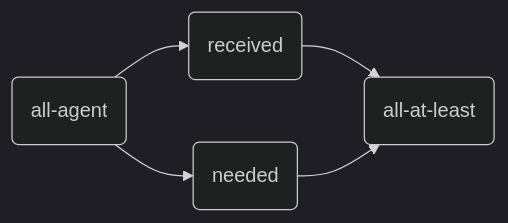
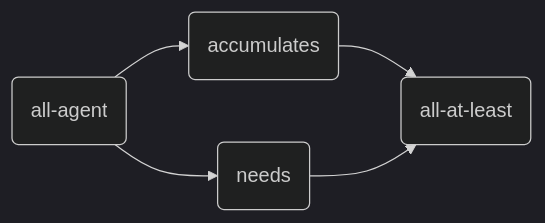
One commit to julianmendez/tiles changed the second of 2 diagrams in docs/README.md. Above: the diagram before and after it, drawn with Mermaid (dark theme). The commit also changed other lines of this file and 2 other files, not shown here.

````diff
--- a/docs/README.md
+++ b/docs/README.md
@@ -85,7 +85,7 @@
 ```mermaid
 graph LR
-  all-agent(all-agent) --> received
-  all-agent --> needed
-  received(received) --> all-at-least(all-at-least)
-  needed(needed) -->  all-at-least
+  all-agent(all-agent) --> accumulates
+  all-agent --> needs
+  accumulates(accumulates) --> all-at-least(all-at-least)
+  needs(needs) -->  all-at-least
 ```
````
